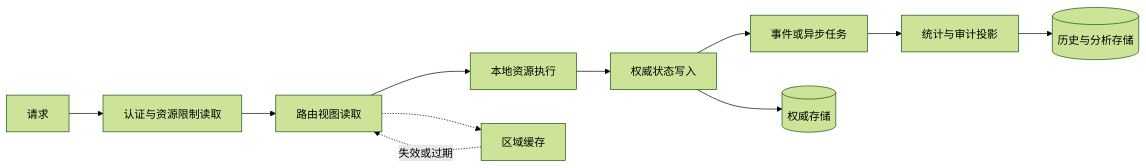
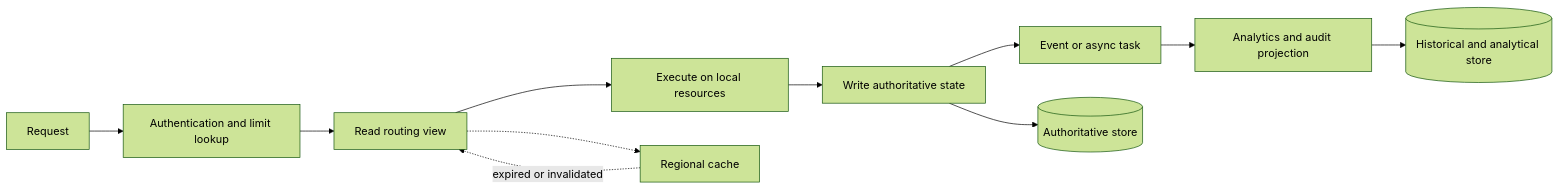
The sixth of 6 diagrams in src/content/writing/2026/08/distributed-architecture-is-state-ownership/en.md (Liyuk/liyuk.github.io), drawn with Mermaid (forest theme) before and after one commit. The commit also changed other lines of this file and 11 other files, not shown here.

````diff
--- a/src/content/writing/2026/08/distributed-architecture-is-state-ownership/en.md
+++ b/src/content/writing/2026/08/distributed-architecture-is-state-ownership/en.md
@@ -588,13 +603,13 @@
 ```mermaid
 flowchart LR
-    Q[请求] --> I[认证与资源限制读取]
-    I --> V[路由视图读取]
-    V --> E[本地资源执行]
-    E --> W[权威状态写入]
-    W --> X[事件或异步任务]
-    X --> P[统计与审计投影]
-    V -.-> C[区域缓存]
-    C -.失效或过期.-> V
-    W --> D[(权威存储)]
-    P --> H[(历史与分析存储)]
+    Q[Request] --> I[Authentication and limit lookup]
+    I --> V[Read routing view]
+    V --> E[Execute on local resources]
+    E --> W[Write authoritative state]
+    W --> X[Event or async task]
+    X --> P[Analytics and audit projection]
+    V -.-> C[Regional cache]
+    C -.expired or invalidated.-> V
+    W --> D[(Authoritative store)]
+    P --> H[(Historical and analytical store)]
 ```
````
